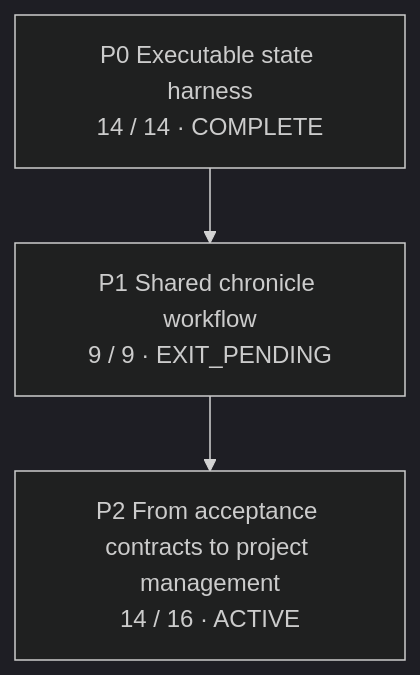
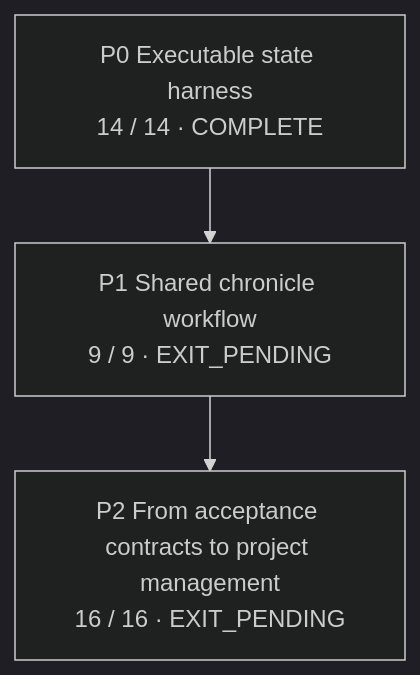
One commit to qomero/prokron changed the diagram in .prokron/phases.mmd. Above: the diagram before and after it, drawn with Mermaid (dark theme). The commit also changed 22 other files, not shown here.

First line of the commit message:
fix: stop the calendar Gantt dating work that has no schedule

```diff
--- a/.prokron/phases.mmd
+++ b/.prokron/phases.mmd
@@ -1,6 +1,6 @@
 flowchart TD
     P0["P0 Executable state harness<br/>14 / 14 · COMPLETE"]
     P1["P1 Shared chronicle workflow<br/>9 / 9 · EXIT_PENDING"]
-    P2["P2 From acceptance contracts to project management<br/>14 / 16 · ACTIVE"]
+    P2["P2 From acceptance contracts to project management<br/>16 / 16 · EXIT_PENDING"]
     P0 --> P1
     P1 --> P2
```
